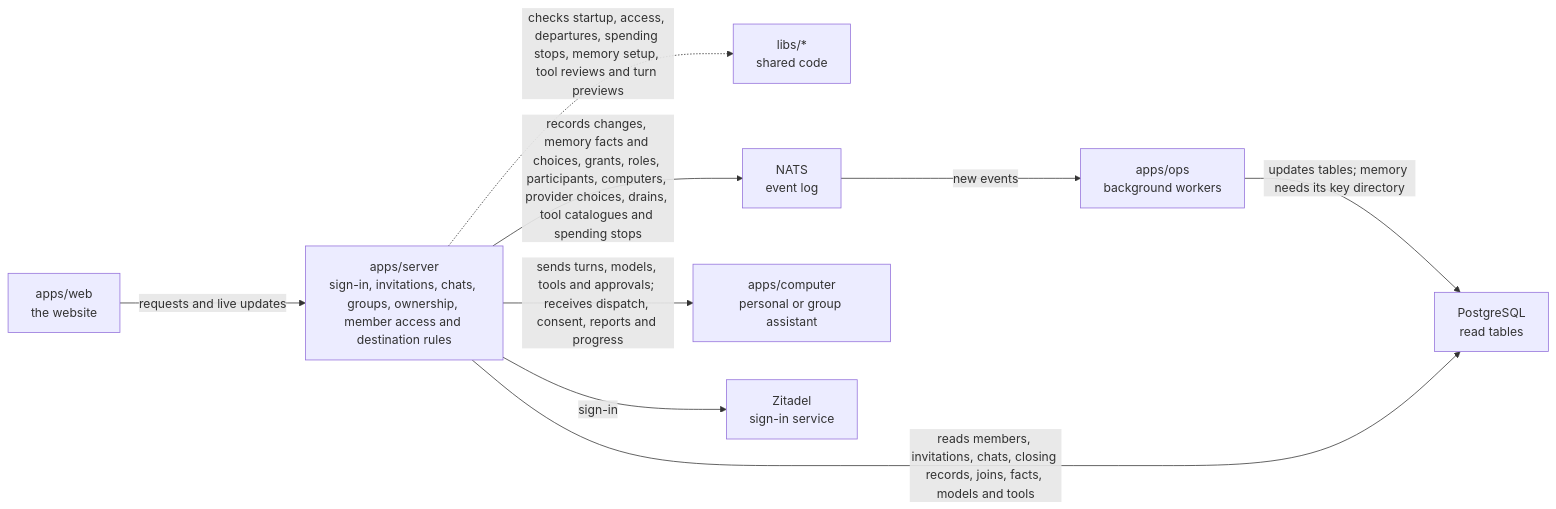
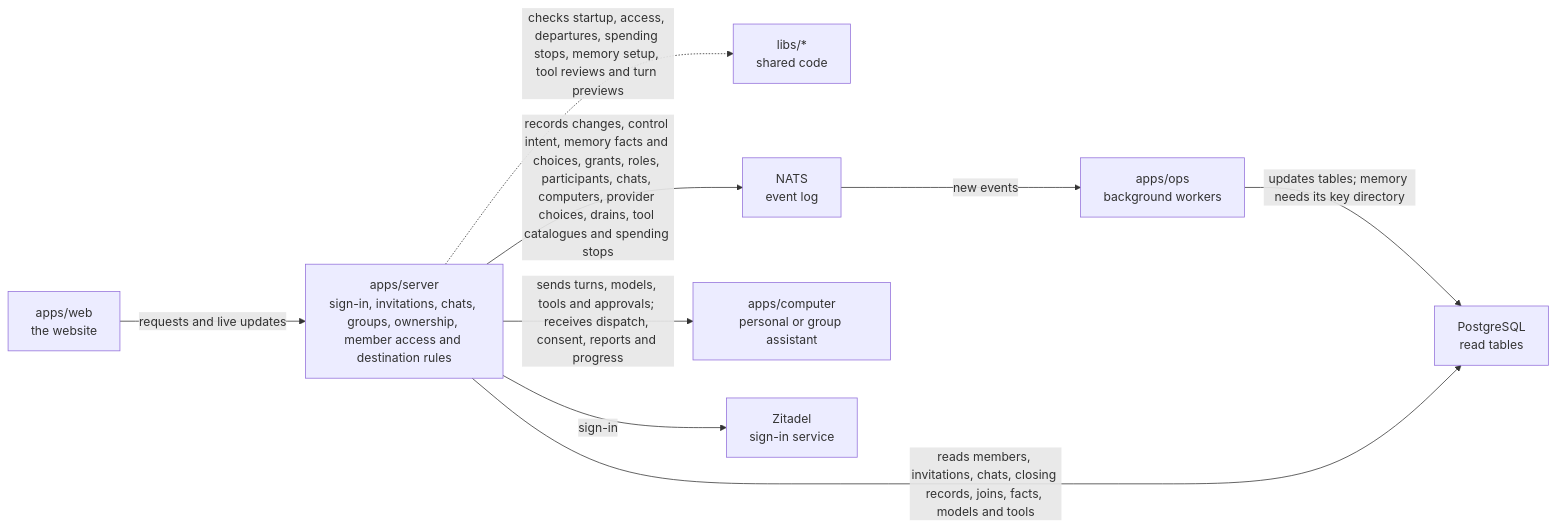
Before and after one commit to elewa-git/opencrane-new: the diagram in apps/server/README.md, drawn with Mermaid. The commit also changed other lines of this file and 36 other files, not shown here.

Commit message:
🛑 Record requester control intent and refuse new computer work

````diff
--- a/apps/server/README.md
+++ b/apps/server/README.md
@@ -11,11 +11,11 @@
 ```mermaid
 flowchart LR
   web["apps/web<br/>the website"] -->|requests and live updates| server["apps/server<br/>sign-in, invitations, chats, groups, ownership, member access and destination rules"]
   server -.->|checks startup, access, departures, spending stops, memory setup, tool reviews and turn previews| libs["libs/*<br/>shared code"]
-  server -->|records changes, memory facts and choices, grants, roles, participants, computers, provider choices, drains, tool catalogues and spending stops| nats["NATS<br/>event log"]
+  server -->|records changes, control intent, memory facts and choices, grants, roles, participants, chats, computers, provider choices, drains, tool catalogues and spending stops| nats["NATS<br/>event log"]
   nats -->|new events| ops["apps/ops<br/>background workers"]
   ops -->|updates tables; memory needs its key directory| postgres["PostgreSQL<br/>read tables"]
   server -->|reads members, invitations, chats, closing records, joins, facts, models and tools| postgres
   server -->|sends turns, models, tools and approvals; receives dispatch, consent, reports and progress| computer["apps/computer<br/>personal or group assistant"]
   server -->|sign-in| zitadel["Zitadel<br/>sign-in service"]
 ```
````
